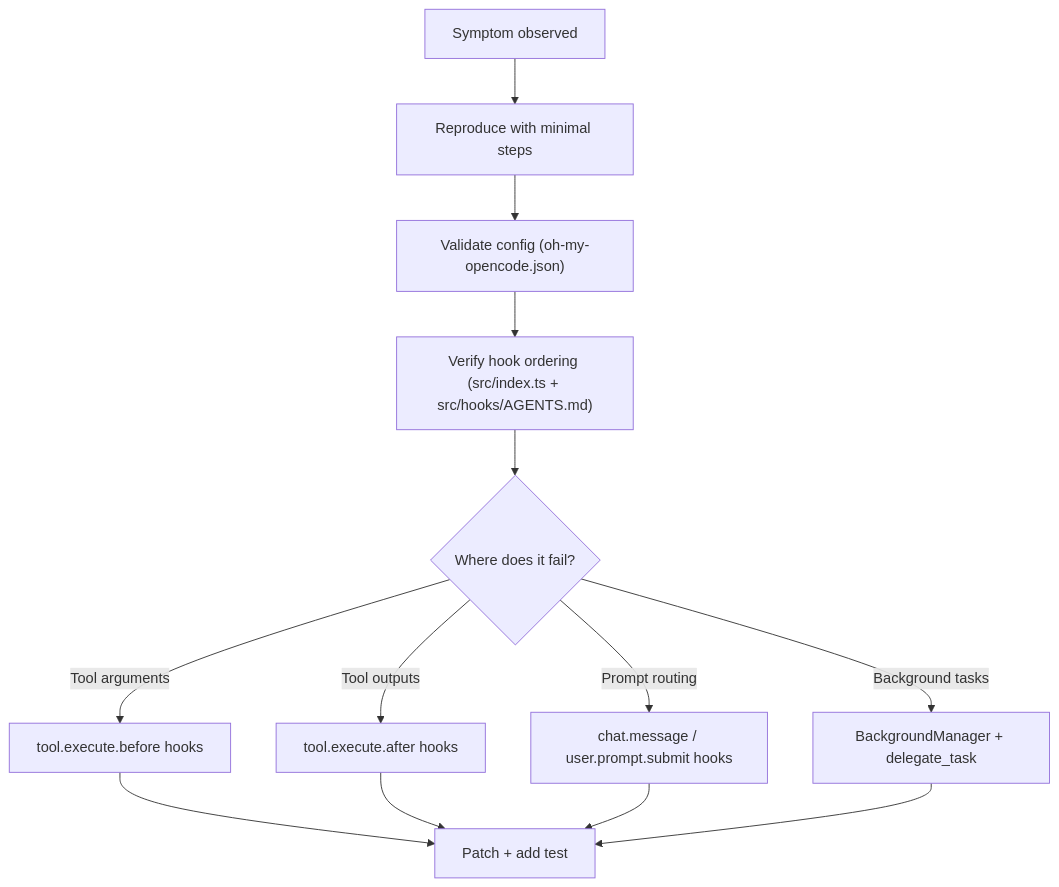
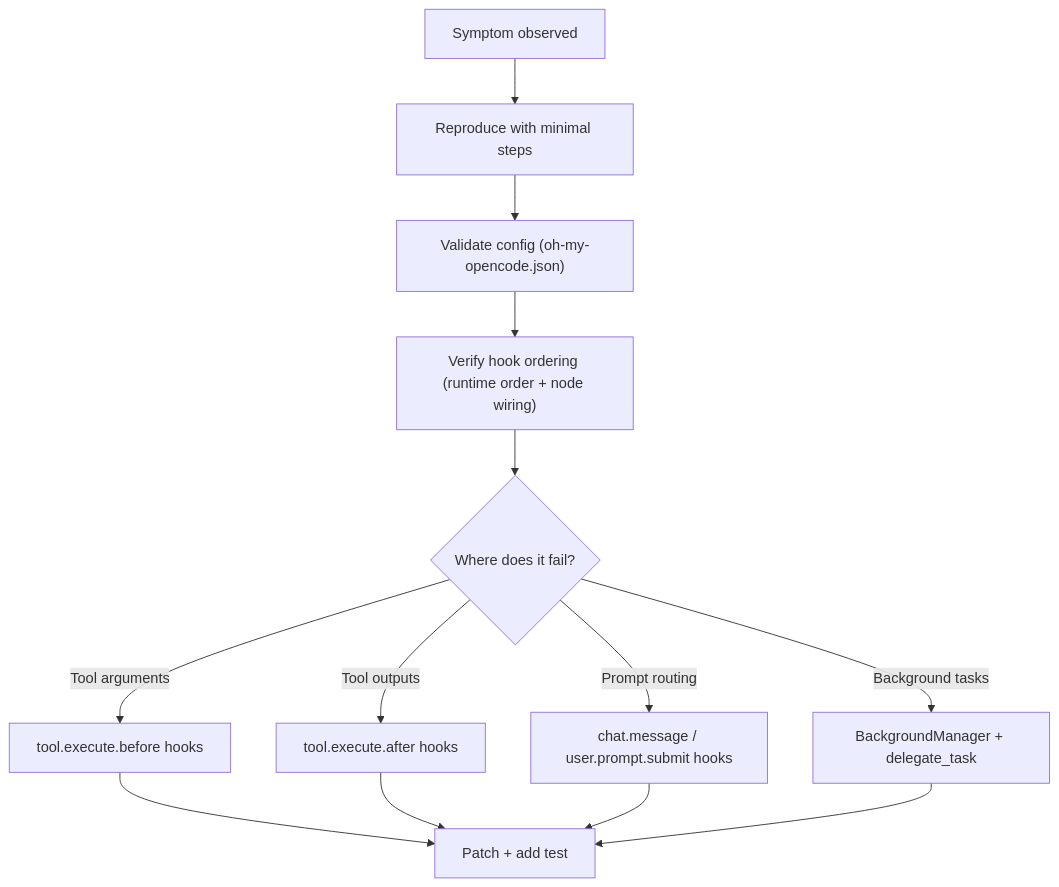
Before and after one commit to arcthur/oh-my-opencode: the diagram in docs/journeys/operations-and-debugging.md, drawn with Mermaid. The commit also changed other lines of this file and 31 other files, not shown here.

First line of the commit message:
refactor: hook dispatch runtime v2 with per-event total order and failure isolation

````diff
--- a/docs/journeys/operations-and-debugging.md
+++ b/docs/journeys/operations-and-debugging.md
@@ -10,17 +10,17 @@
 ```mermaid
 flowchart TD
   Sym["Symptom observed"] --> Repro["Reproduce with minimal steps"]
   Repro --> Conf["Validate config (oh-my-opencode.json)"]
-  Conf --> Order["Verify hook ordering (src/index.ts + src/hooks/AGENTS.md)"]
+  Conf --> Order["Verify hook ordering (runtime order + node wiring)"]
   Order --> Loc{"Where does it fail?"}
 
   Loc -->|Tool arguments| Before["tool.execute.before hooks"]
   Loc -->|Tool outputs| After["tool.execute.after hooks"]
   Loc -->|Prompt routing| Msg["chat.message / user.prompt.submit hooks"]
   Loc -->|Background tasks| BG["BackgroundManager + delegate_task"]
 
   Before --> Fix["Patch + add test"]
   After --> Fix
   Msg --> Fix
   BG --> Fix
 ```
````
